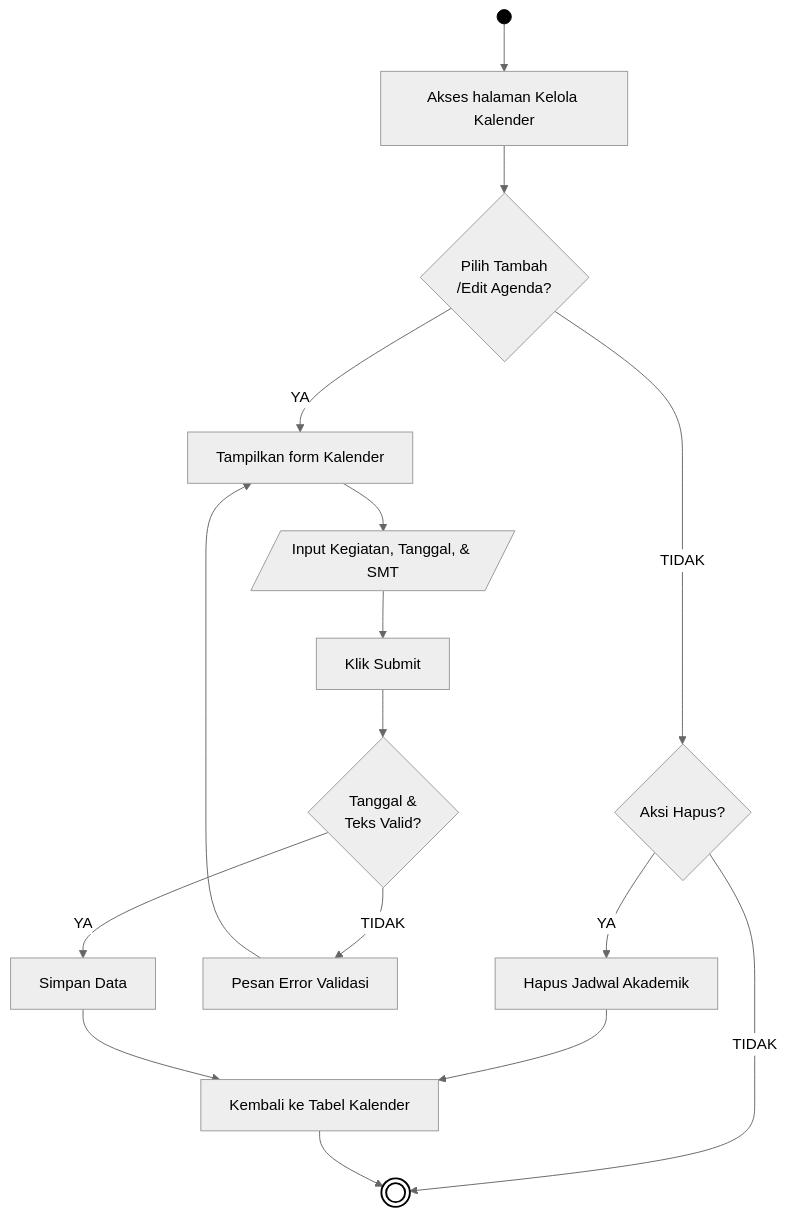
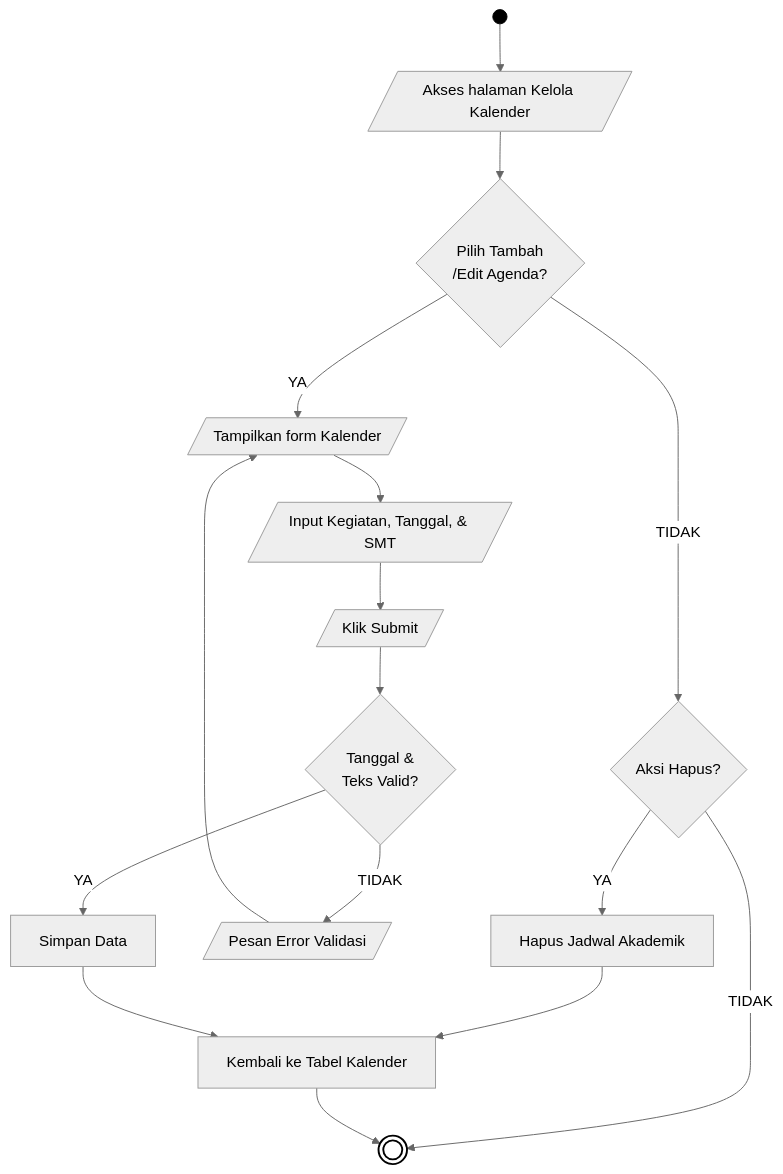
Diagram 11 of 21 in docs/01_DIAGRAM_AKTIVITAS.md (arbain-dev/Web_fikom), drawn with Mermaid (neutral theme) before and after one commit. The commit also changed other lines of this file, not shown here.

````diff
--- a/docs/01_DIAGRAM_AKTIVITAS.md
+++ b/docs/01_DIAGRAM_AKTIVITAS.md
@@ -354,26 +354,26 @@
 ```mermaid
 flowchart TD
-    Start(( )) --> A[Akses halaman Kelola Kalender]
+    Start(( )) --> A[/Akses halaman Kelola Kalender/]
     
     A --> B{Pilih Tambah\n/Edit Agenda?}
     
     B -- TIDAK --> Hapus{Aksi Hapus?}
     Hapus -- YA --> HC[Hapus Jadwal Akademik]
     Hapus -- TIDAK --> End((( )))
     HC --> I[Kembali ke Tabel Kalender]
     
-    B -- YA --> C[Tampilkan form Kalender]
+    B -- YA --> C[/Tampilkan form Kalender/]
     C --> D[/Input Kegiatan, Tanggal, & SMT/]
-    D --> E[Klik Submit]
+    D --> E[/Klik Submit/]
     
     E --> F{Tanggal &\nTeks Valid?}
-    F -- TIDAK --> G[Pesan Error Validasi]
+    F -- TIDAK --> G[/Pesan Error Validasi/]
     G --> C
     
     F -- YA --> H[Simpan Data]
     H --> I
     I --> End
     
     style Start fill:#000,stroke:#000,color:#000
     style End fill:#fff,stroke:#000,stroke-width:2px
 ```
````
